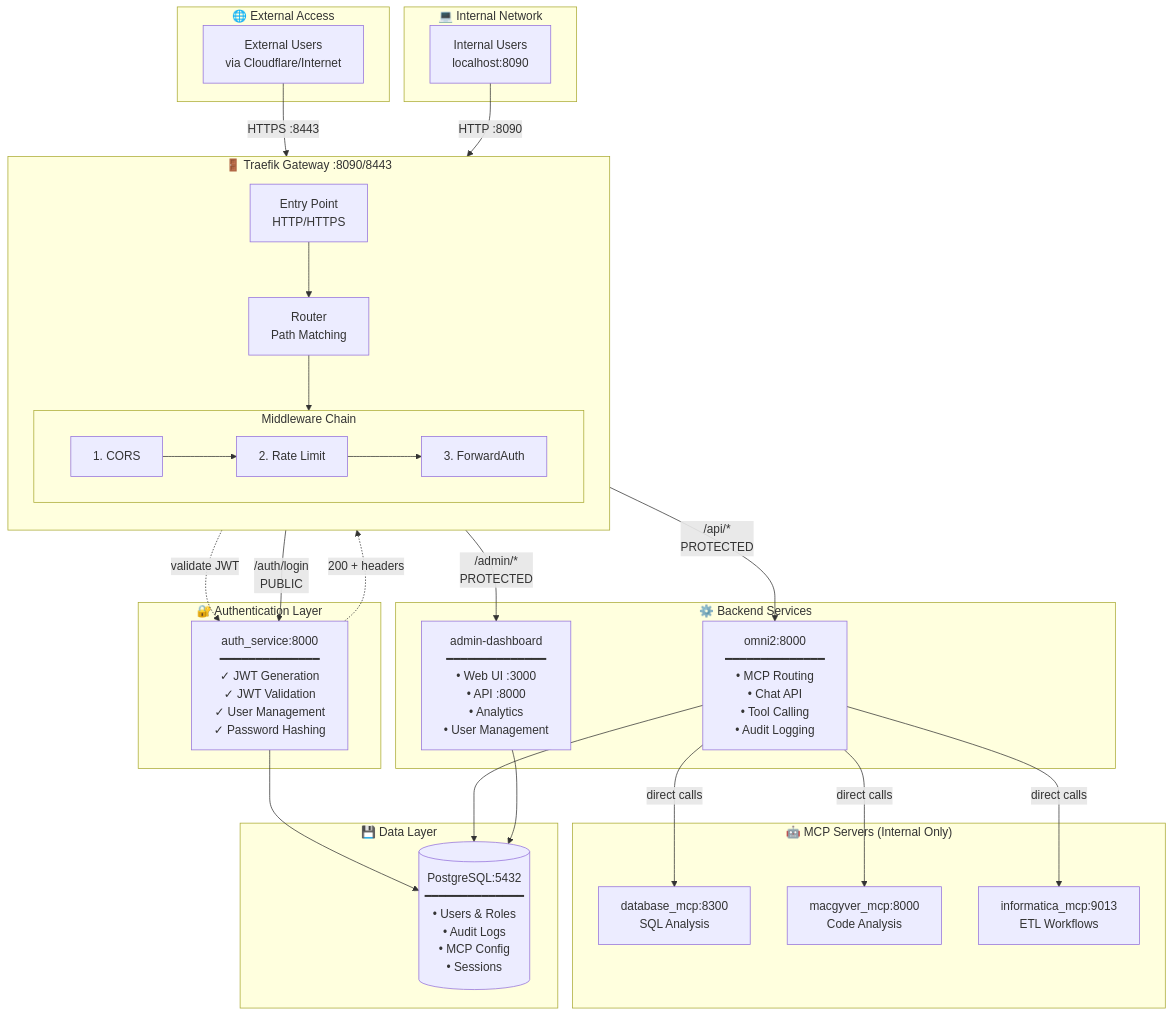
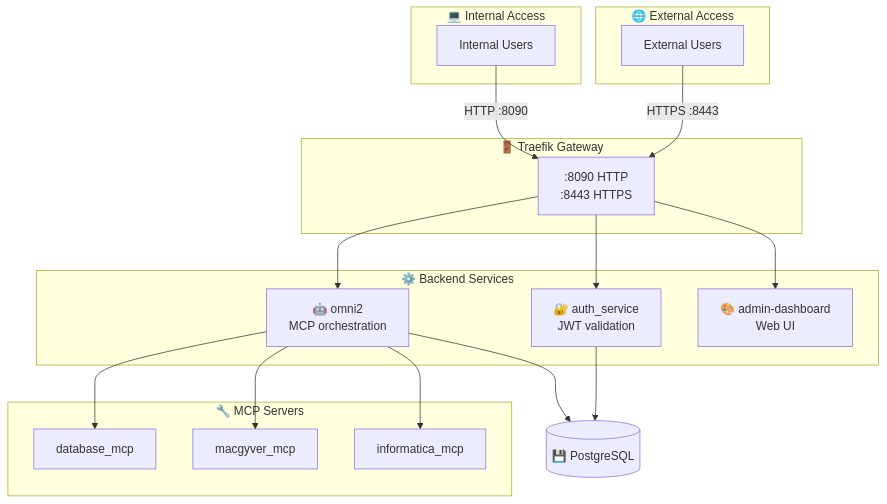
One commit to aviciot/omni2-bridge changed the first of 3 diagrams in README.md. Above: the diagram before and after it, drawn with Mermaid. The commit also changed other lines of this file, not shown here.

Commit message:
Simplify architecture: separate internal/external flows, cleaner diagrams

````diff
--- a/README.md
+++ b/README.md
@@ -68,63 +66,35 @@
 ```mermaid
 flowchart TB
-    subgraph Internet[" 🌐 External Access "]
-        EXT[External Users<br/>via Cloudflare/Internet]
+    subgraph External[" 🌐 External Access "]
+        EXT[External Users]
     end
     
-    subgraph LocalNet[" 💻 Internal Network "]
-        INT[Internal Users<br/>localhost:8090]
+    subgraph Internal[" 💻 Internal Access "]
+        INT[Internal Users]
     end
 
-    subgraph Traefik[" 🚪 Traefik Gateway :8090/8443 "]
-        direction TB
-        ENTRY[Entry Point<br/>HTTP/HTTPS]
-        ROUTER[Router<br/>Path Matching]
-        ENTRY --> ROUTER
-        
-        subgraph Middlewares[" Middleware Chain "]
-            direction LR
-            MW1[1. CORS]
-            MW2[2. Rate Limit]
-            MW3[3. ForwardAuth]
-            MW1 --> MW2 --> MW3
-        end
-        
-        ROUTER --> Middlewares
-    end
-
-    subgraph AuthLayer[" 🔐 Authentication Layer "]
-        AS[auth_service:8000<br/>━━━━━━━━━━━━━━<br/>✓ JWT Generation<br/>✓ JWT Validation<br/>✓ User Management<br/>✓ Password Hashing]
+    subgraph Traefik[" 🚪 Traefik Gateway "]
+        ENTRY[":8090 HTTP<br/>:8443 HTTPS"]
     end
 
     subgraph Backend[" ⚙️ Backend Services "]
-        OMNI[omni2:8000<br/>━━━━━━━━━━━━━━<br/>• MCP Routing<br/>• Chat API<br/>• Tool Calling<br/>• Audit Logging]
-        
-        ADMIN[admin-dashboard<br/>━━━━━━━━━━━━━━<br/>• Web UI :3000<br/>• API :8000<br/>• Analytics<br/>• User Management]
+        AS[🔐 auth_service<br/>JWT validation]
+        OMNI[🤖 omni2<br/>MCP orchestration]
+        ADMIN[🎨 admin-dashboard<br/>Web UI]
     end
 
-    subgraph MCPs[" 🤖 MCP Servers (Internal Only) "]
-        DB[database_mcp:8300<br/>SQL Analysis]
-        MAC[macgyver_mcp:8000<br/>Code Analysis]
-        INFO[informatica_mcp:9013<br/>ETL Workflows]
+    subgraph MCPs[" 🔧 MCP Servers "]
+        DB[database_mcp]
+        MAC[macgyver_mcp]
+        INFO[informatica_mcp]
     end
 
-    subgraph Data[" 💾 Data Layer "]
-        PG[(PostgreSQL:5432<br/>━━━━━━━━━━━━━━<br/>• Users & Roles<br/>• Audit Logs<br/>• MCP Config<br/>• Sessions)]
-    end
+    PG[(💾 PostgreSQL)]
 
     EXT -->|HTTPS :8443| ENTRY
     INT -->|HTTP :8090| ENTRY
-    
-    MW3 -.->|validate JWT| AS
-    AS -.->|200 + headers| MW3
-    
-    Middlewares -->|/auth/login<br/>PUBLIC| AS
-    Middlewares -->|/api/*<br/>PROTECTED| OMNI
-    Middlewares -->|/admin/*<br/>PROTECTED| ADMIN
-    
-    OMNI -->|direct calls| DB & MAC & INFO
-    
+    ENTRY --> AS & OMNI & ADMIN
+    OMNI --> DB & MAC & INFO
     AS --> PG
     OMNI --> PG
-    ADMIN --> PG
 ```
````
